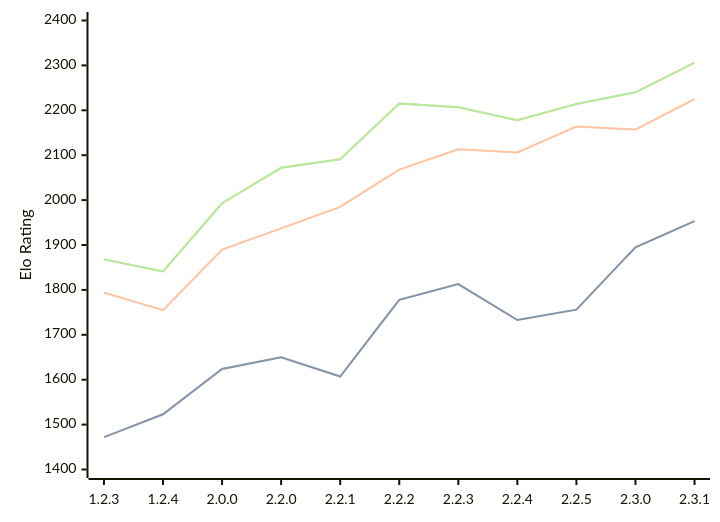
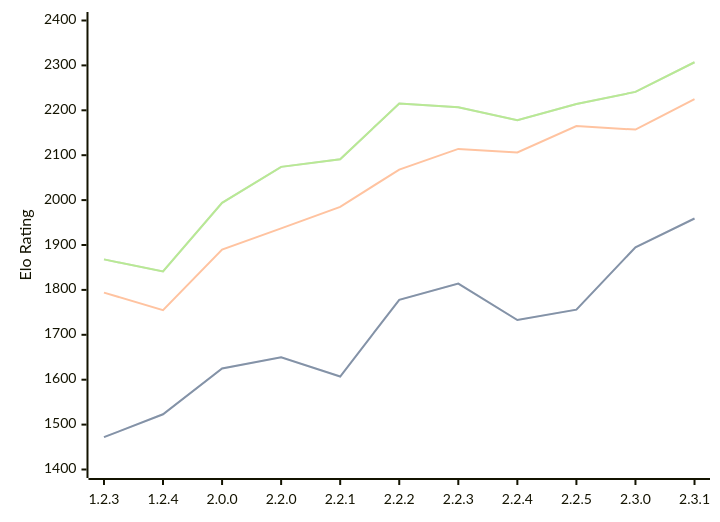
One commit to computer-chess-index/cci changed the diagram in engines/Kreveta.md. Above: the diagram before and after it, drawn with Mermaid. The commit also changed other lines of this file, not shown here.

Commit message:
Update CCI Ratings (ELO VLTC) - 2026-08-27

````diff
--- a/engines/Kreveta.md
+++ b/engines/Kreveta.md
@@ -43,11 +43,11 @@
 ```mermaid
 %%{init: {"theme":"base","themeVariables":{"seriesColors:['#a3a3a3','#222221','#faa371']}}}%%
 xychart-beta
   x-axis ["1.2.3", "1.2.4", "2.0.0", "2.2.0", "2.2.1", "2.2.2", "2.2.3", "2.2.4", "2.2.5", "2.3.0", "2.3.1"]
   y-axis "Elo Rating" 1400 --> 2400
-  line "STC (8.0+0.08s)" [1472, 1523, 1624, 1650, 1607, 1778, 1813, 1733, 1756, 1895, 1953]
-  line "STC (8.0+0.08s)" [1472, 1523, 1624, 1650, 1607, 1778, 1813, 1733, 1756, 1895, 1953]
-  line "LTC (60.0+0.60s)" [1794, 1755, 1890, 1937, 1985, 2068, 2113, 2106, 2164, 2157, 2225]
-  line "VLTC (2m24s+1.12s)" [1868, 1841, 1993, 2072, 2091, 2215, 2207, 2178, 2214, 2240, 2306]
-  line "VLTC (2m24s+1.12s)" [1868, 1841, 1993, 2072, 2091, 2215, 2207, 2178, 2214, 2240, 2306]
+  line "STC (8.0+0.08s)" [1472, 1523, 1625, 1650, 1607, 1778, 1814, 1733, 1756, 1895, 1959]
+  line "STC (8.0+0.08s)" [1472, 1523, 1625, 1650, 1607, 1778, 1814, 1733, 1756, 1895, 1959]
+  line "LTC (60.0+0.60s)" [1794, 1755, 1890, 1937, 1985, 2068, 2114, 2106, 2165, 2157, 2225]
+  line "VLTC (2m24s+1.12s)" [1868, 1841, 1994, 2074, 2091, 2215, 2207, 2178, 2214, 2241, 2307]
+  line "VLTC (2m24s+1.12s)" [1868, 1841, 1994, 2074, 2091, 2215, 2207, 2178, 2214, 2241, 2307]
 ```
````
